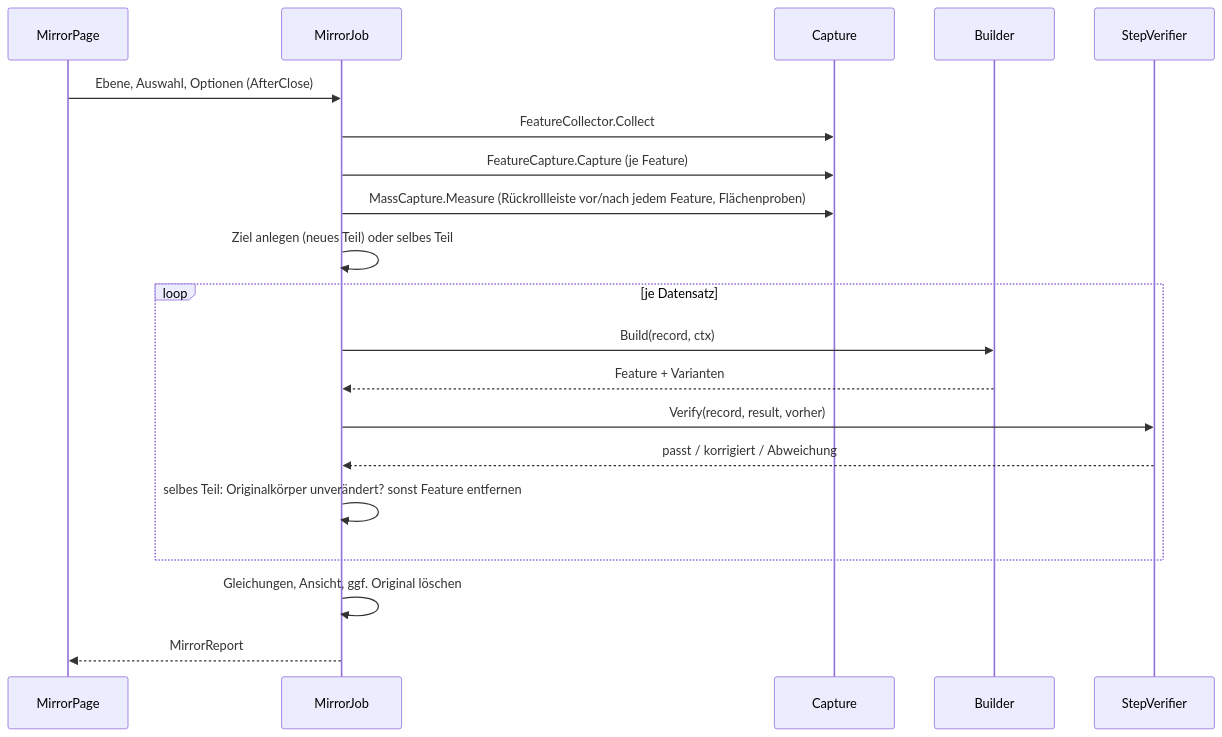
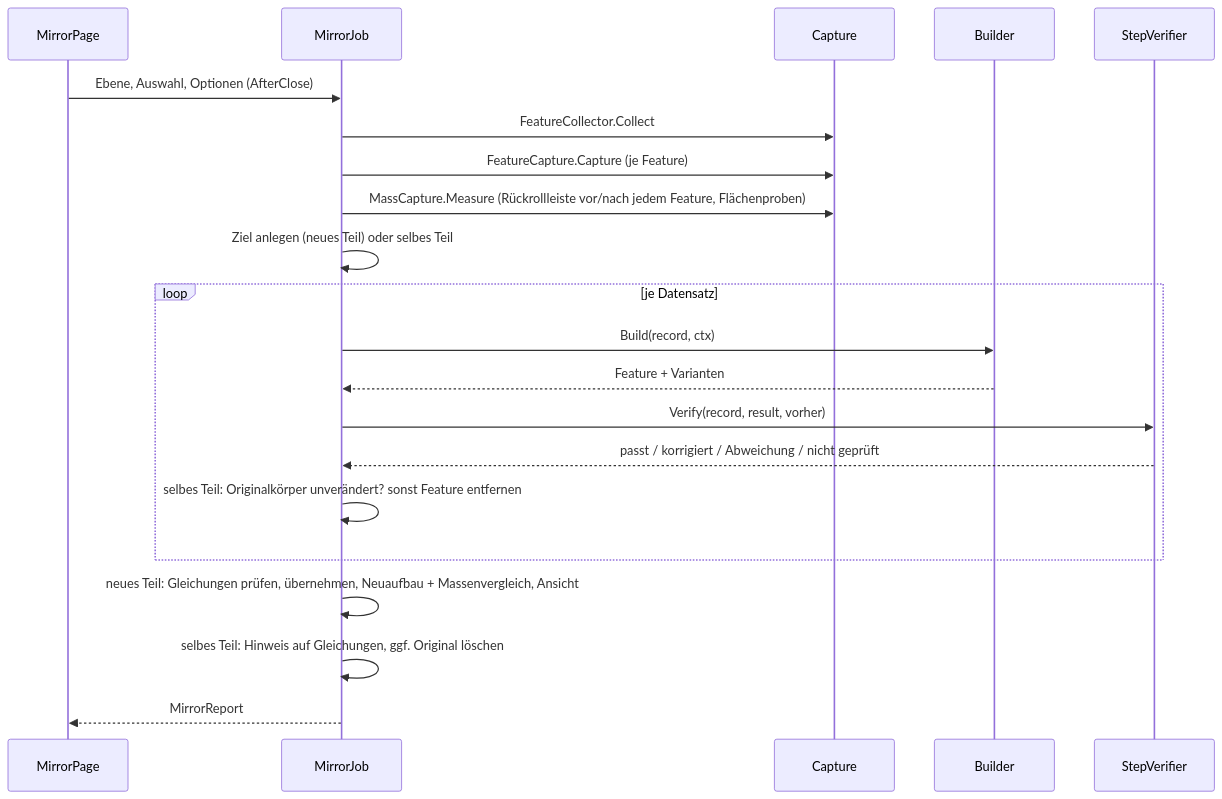
Before and after one commit to VanillaIce1983/Claude: the second of 2 diagrams in spiegelwerk/docs/ARCHITEKTUR.md, drawn with Mermaid. The commit also changed other lines of this file and 3 other files, not shown here.

````diff
--- a/spiegelwerk/docs/ARCHITEKTUR.md
+++ b/spiegelwerk/docs/ARCHITEKTUR.md
@@ -84,22 +93,23 @@
 ```mermaid
 sequenceDiagram
     participant UI as MirrorPage
     participant Job as MirrorJob
     participant Cap as Capture
     participant B as Builder
     participant V as StepVerifier
     UI->>Job: Ebene, Auswahl, Optionen (AfterClose)
     Job->>Cap: FeatureCollector.Collect
     Job->>Cap: FeatureCapture.Capture (je Feature)
     Job->>Cap: MassCapture.Measure (Rückrollleiste vor/nach jedem Feature, Flächenproben)
     Job->>Job: Ziel anlegen (neues Teil) oder selbes Teil
     loop je Datensatz
         Job->>B: Build(record, ctx)
         B-->>Job: Feature + Varianten
         Job->>V: Verify(record, result, vorher)
-        V-->>Job: passt / korrigiert / Abweichung
+        V-->>Job: passt / korrigiert / Abweichung / nicht geprüft
         Job->>Job: selbes Teil: Originalkörper unverändert? sonst Feature entfernen
     end
-    Job->>Job: Gleichungen, Ansicht, ggf. Original löschen
+    Job->>Job: neues Teil: Gleichungen prüfen, übernehmen, Neuaufbau + Massenvergleich, Ansicht
+    Job->>Job: selbes Teil: Hinweis auf Gleichungen, ggf. Original löschen
     Job-->>UI: MirrorReport
 ```
````
